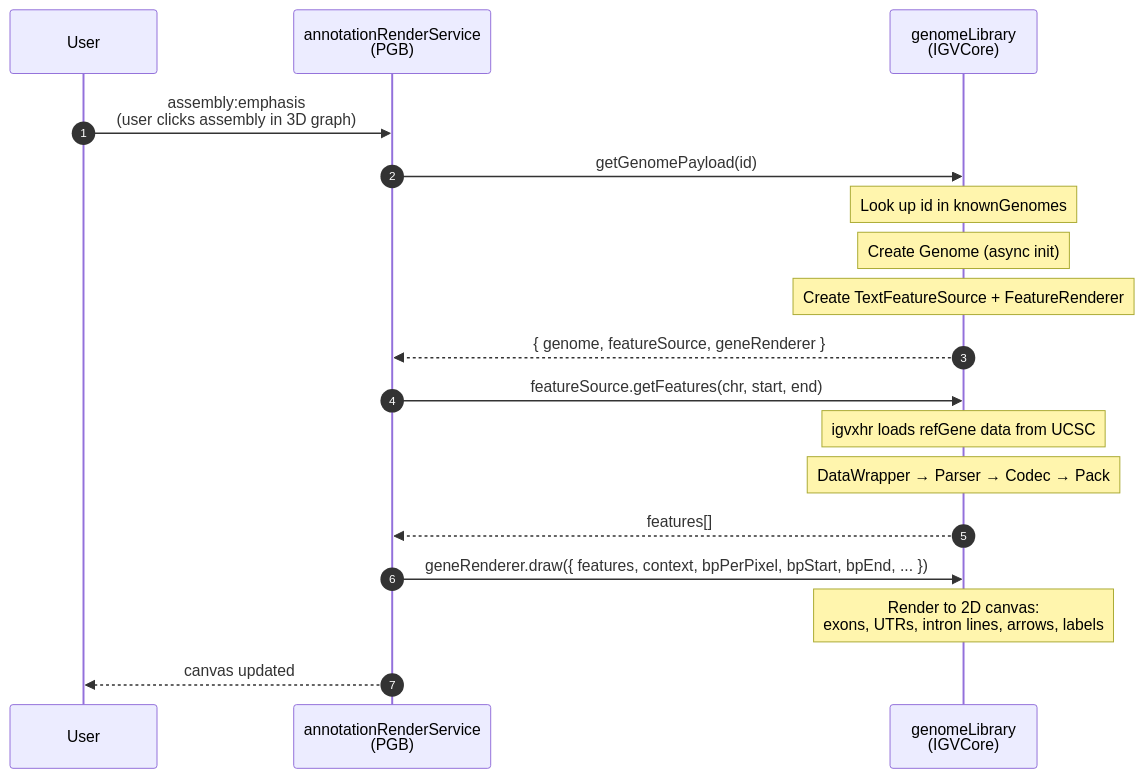
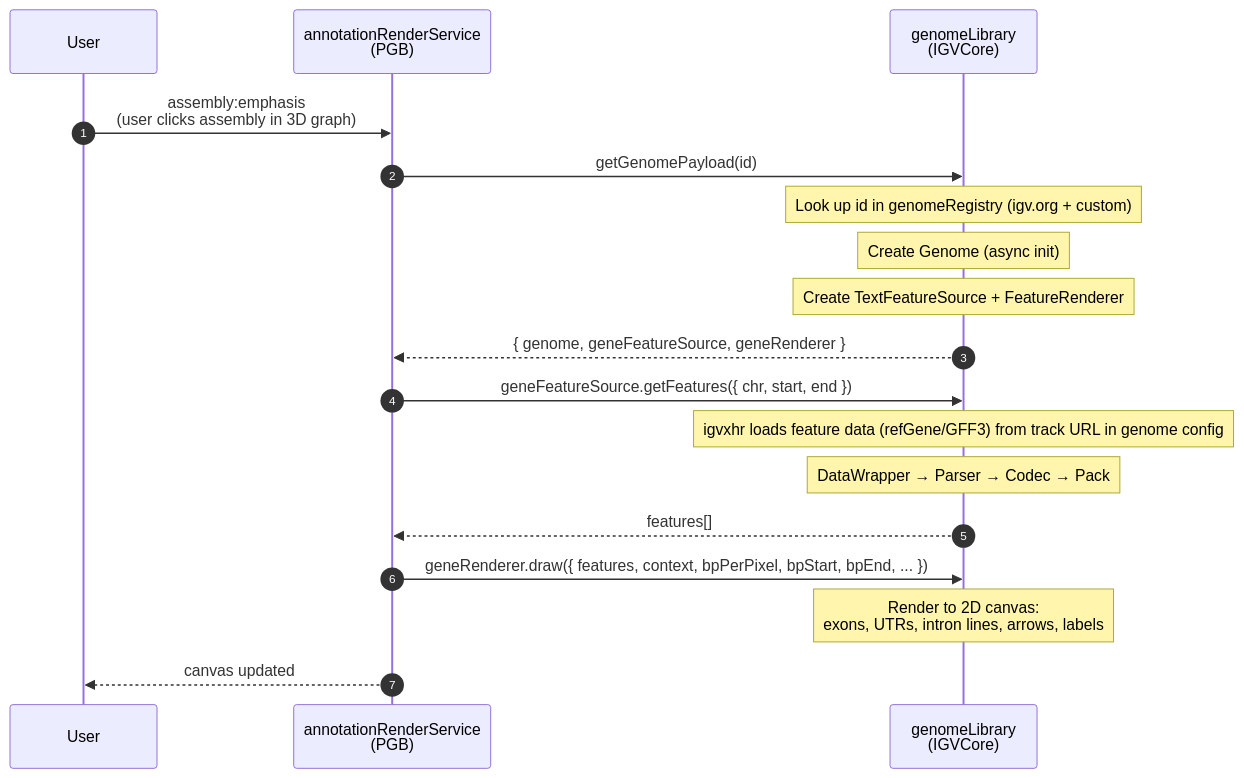
One commit to CAST-genomics/pgb changed the first of 4 diagrams in notes/architecture/igvcore-architecture.md. Above: the diagram before and after it, drawn with Mermaid. The commit also changed other lines of this file and 29 other files, not shown here.

````diff
--- a/notes/architecture/igvcore-architecture.md
+++ b/notes/architecture/igvcore-architecture.md
@@ -49,31 +86,31 @@
 ```mermaid
 %%{init: {'themeVariables': {'fontSize': '16px'}}}%%
 sequenceDiagram
     autonumber
     participant User
     participant ARS as annotationRenderService<br/>(PGB)
     participant GL as genomeLibrary<br/>(IGVCore)
 
     User->>ARS: assembly:emphasis<br/>(user clicks assembly in 3D graph)
 
     ARS->>GL: getGenomePayload(id)
 
-    Note over GL: Look up id in knownGenomes
+    Note over GL: Look up id in genomeRegistry (igv.org + custom)
     Note over GL: Create Genome (async init)
     Note over GL: Create TextFeatureSource + FeatureRenderer
 
-    GL-->>ARS: { genome, featureSource, geneRenderer }
+    GL-->>ARS: { genome, geneFeatureSource, geneRenderer }
 
-    ARS->>GL: featureSource.getFeatures(chr, start, end)
+    ARS->>GL: geneFeatureSource.getFeatures({ chr, start, end })
 
-    Note over GL: igvxhr loads refGene data from UCSC
+    Note over GL: igvxhr loads feature data (refGene/GFF3) from track URL in genome config
     Note over GL: DataWrapper → Parser → Codec → Pack
 
     GL-->>ARS: features[]
 
     ARS->>GL: geneRenderer.draw({ features, context, bpPerPixel, bpStart, bpEnd, ... })
 
     Note over GL: Render to 2D canvas:<br/>exons, UTRs, intron lines, arrows, labels
 
     ARS-->>User: canvas updated
 ```
````
